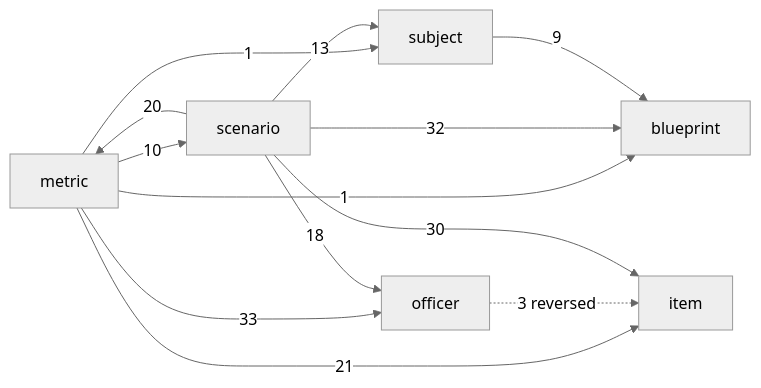
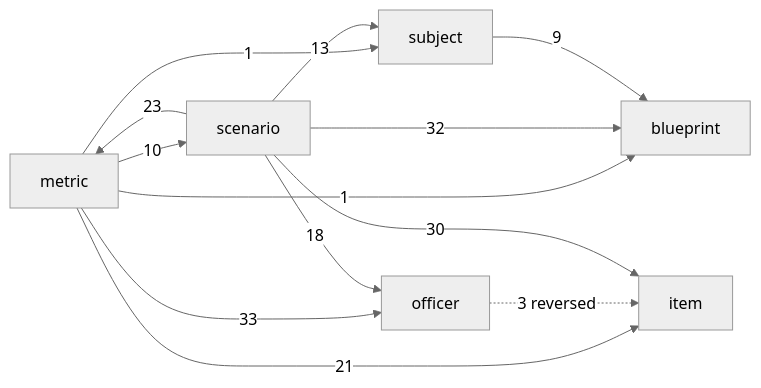
Before and after one commit to geraldmaron/tactically-idle: the diagram in docs/architecture.md, drawn with Mermaid (neutral theme). The commit also changed other lines of this file and 14 other files, not shown here.

````diff
--- a/docs/architecture.md
+++ b/docs/architecture.md
@@ -40,15 +40,15 @@
 ```mermaid
 flowchart LR
   metric -->|1| blueprint
   metric -->|21| item
   metric -->|33| officer
   metric -->|10| scenario
   metric -->|1| subject
   officer -.->|3 reversed| item
   scenario -->|32| blueprint
   scenario -->|30| item
-  scenario -->|20| metric
+  scenario -->|23| metric
   scenario -->|18| officer
   scenario -->|13| subject
   subject -->|9| blueprint
 ```
````
